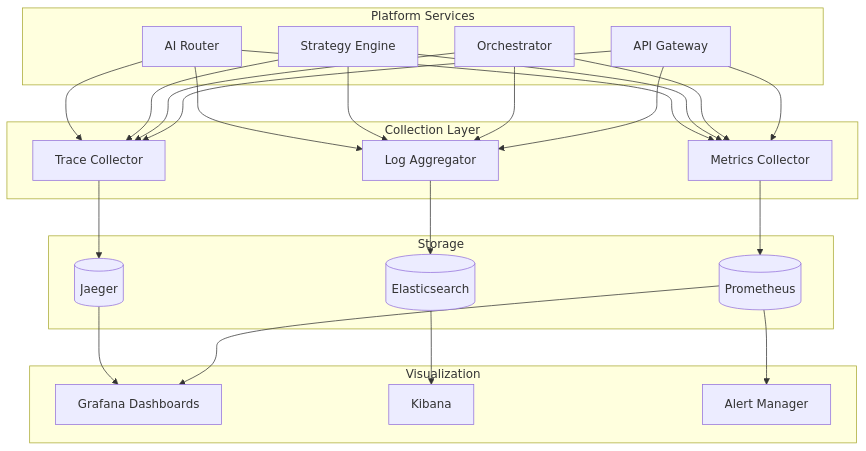
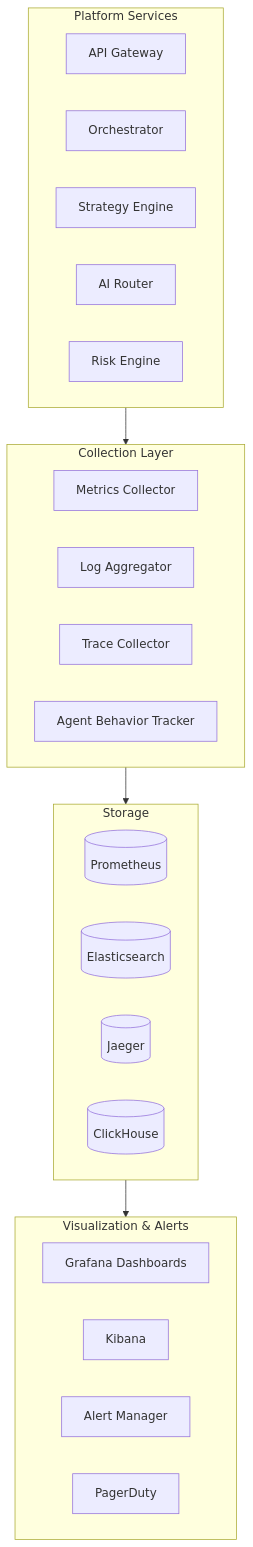
Diagram 37 of 39 in docs/architecture.md (xlabtg/TONAIAgent), drawn with Mermaid before and after one commit. The commit also changed other lines of this file, not shown here.

First line of the commit message:
Comprehensive architecture update addressing PR feedback

````diff
--- a/docs/architecture.md
+++ b/docs/architecture.md
@@ -552,49 +2286,35 @@
 ```mermaid
 flowchart TB
     subgraph Services["Platform Services"]
         S1[API Gateway]
         S2[Orchestrator]
         S3[Strategy Engine]
         S4[AI Router]
+        S5[Risk Engine]
     end
 
     subgraph Collection["Collection Layer"]
         METRICS[Metrics Collector]
         LOGS[Log Aggregator]
         TRACES[Trace Collector]
+        AGENT_TRACK[Agent Behavior Tracker]
     end
 
     subgraph Storage["Storage"]
         PROM[(Prometheus)]
         ELASTIC[(Elasticsearch)]
         JAEGER[(Jaeger)]
+        CLICKHOUSE[(ClickHouse)]
     end
 
-    subgraph Visualization["Visualization"]
+    subgraph Visualization["Visualization & Alerts"]
         GRAFANA[Grafana Dashboards]
         KIBANA[Kibana]
         ALERTS[Alert Manager]
+        PAGER[PagerDuty]
     end
 
-    S1 --> METRICS
-    S1 --> LOGS
-    S1 --> TRACES
-    S2 --> METRICS
-    S2 --> LOGS
-    S2 --> TRACES
-    S3 --> METRICS
-    S3 --> LOGS
-    S3 --> TRACES
-    S4 --> METRICS
-    S4 --> LOGS
-    S4 --> TRACES
-
-    METRICS --> PROM
-    LOGS --> ELASTIC
-    TRACES --> JAEGER
-
-    PROM --> GRAFANA
-    ELASTIC --> KIBANA
-    PROM --> ALERTS
-    JAEGER --> GRAFANA
+    Services --> Collection
+    Collection --> Storage
+    Storage --> Visualization
 ```
````
